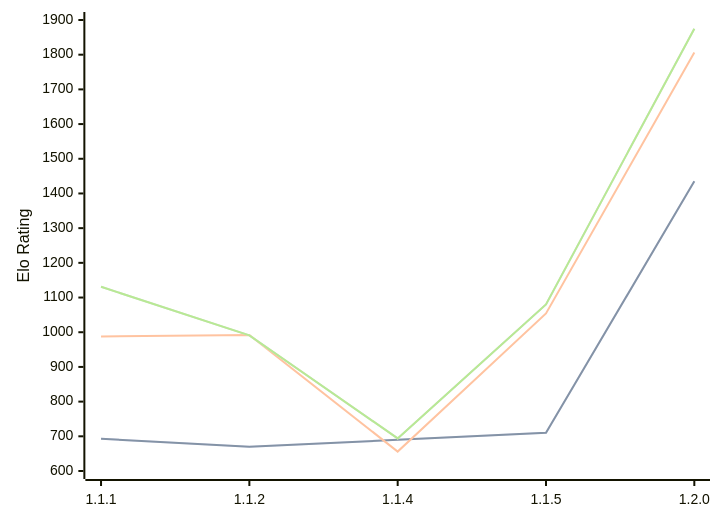
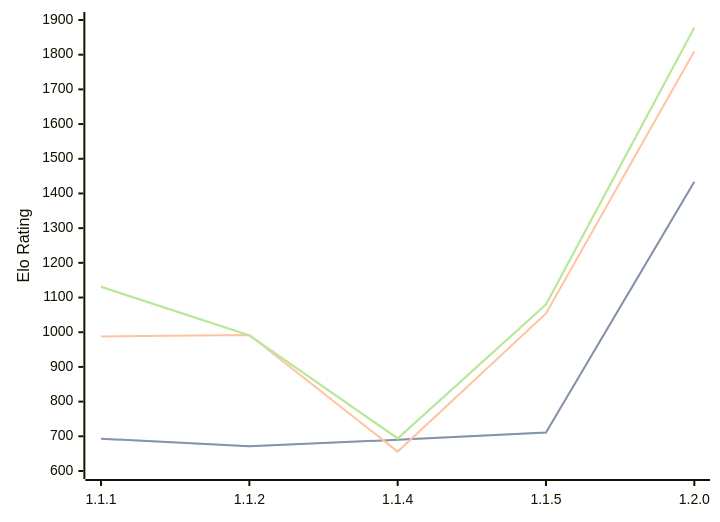
Before and after one commit to computer-chess-index/cci: the diagram in engines/ChessCore.md, drawn with Mermaid. The commit also changed other lines of this file, not shown here.

Commit message:
Update CCI Ratings (ELO VLTC) - 2026-09-08

````diff
--- a/engines/ChessCore.md
+++ b/engines/ChessCore.md
@@ -36,11 +36,11 @@
 ```mermaid
 %%{init: {"theme":"base","themeVariables":{"seriesColors:['#a3a3a3','#222221','#faa371']}}}%%
 xychart-beta
   x-axis ["1.1.1", "1.1.2", "1.1.4", "1.1.5", "1.2.0"]
   y-axis "Elo Rating" 600 --> 1900
-  line "" [693, 670, 690, 710, 1435]
-  line "STC (8.0+0.08s)" [693, 670, 690, 710, 1435]
-  line "LTC (60.0+0.60s)" [988, 992, 656, 1054, 1806]
-  line "" [1131, 991, 694, 1080, 1875]
-  line "VLTC (2m24s+1.12s)" [1131, 991, 694, 1080, 1875]
+  line "" [693, 671, 690, 711, 1434]
+  line "STC (8.0+0.08s)" [693, 671, 690, 711, 1434]
+  line "LTC (60.0+0.60s)" [988, 992, 656, 1054, 1810]
+  line "" [1131, 991, 694, 1080, 1878]
+  line "VLTC (2m24s+1.12s)" [1131, 991, 694, 1080, 1878]
 ```
````
